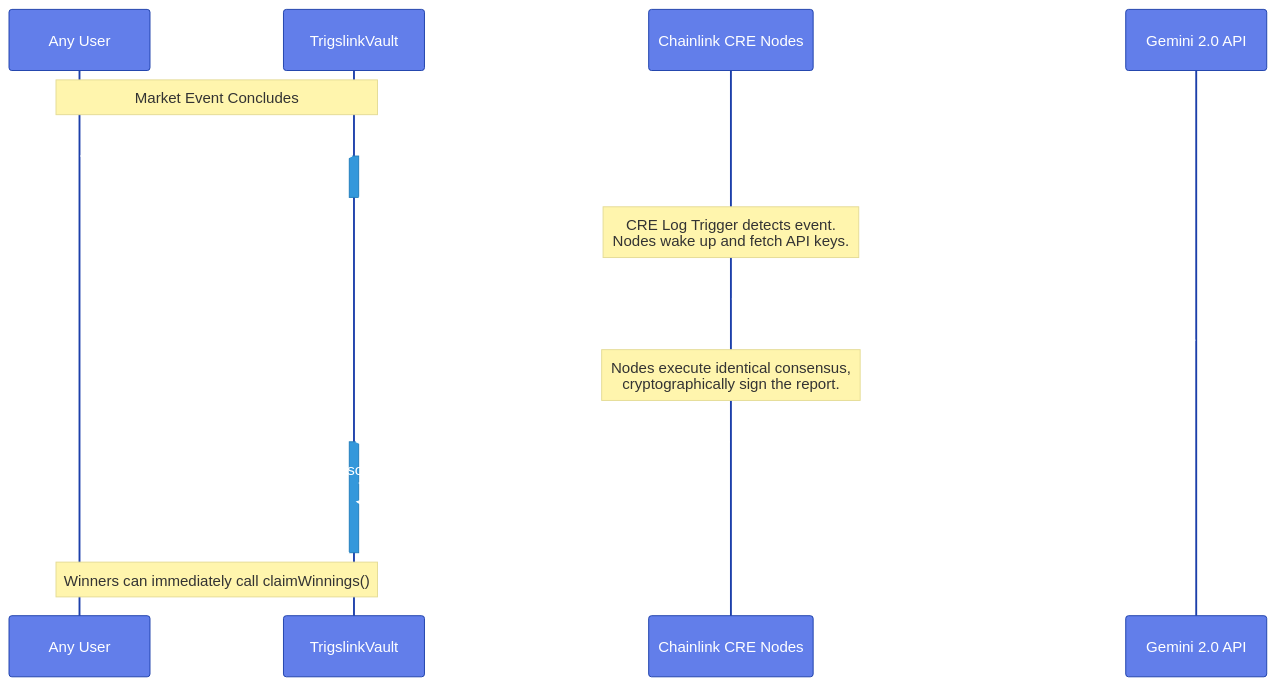
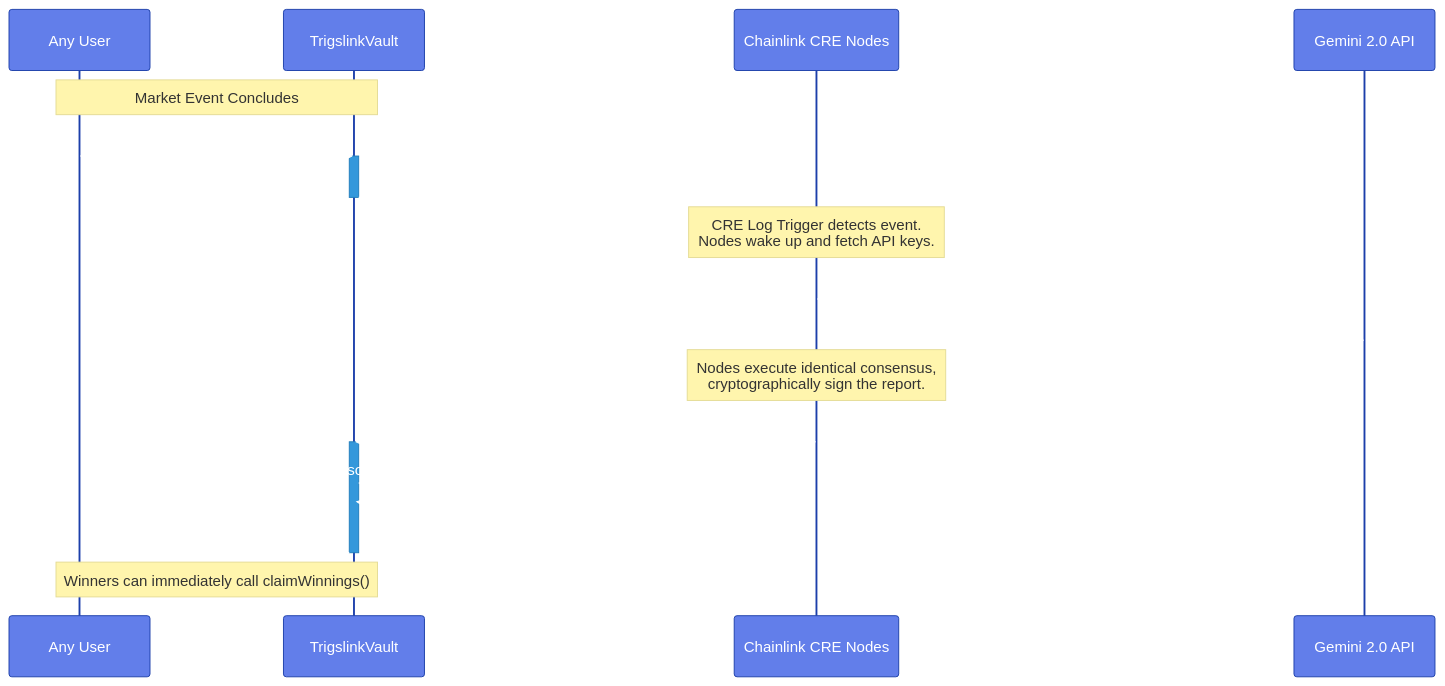
The second of 2 diagrams in README.md (Trigs-link/trigslink), drawn with Mermaid before and after one commit. The commit also changed other lines of this file, not shown here.

````diff
--- a/README.md
+++ b/README.md
@@ -90,41 +111,41 @@
 ```mermaid
 %%{init: {
   'theme': 'base',
   'themeVariables': {
     'primaryColor': '#627eea',
     'primaryTextColor': '#ffffff',
     'primaryBorderColor': '#1c3faa',
     'lineColor': '#f6851b',
     'secondaryColor': '#3498db',
     'fontFamily': 'Inter, system-ui, sans-serif',
     'background': '#0b0f1c'
   }
 }}%%
 sequenceDiagram
     participant U as Any User
     participant V as TrigslinkVault
     participant DON as Chainlink CRE Nodes
     participant AI as Gemini 2.0 API
 
     Note over U, V: Market Event Concludes
     
     U->>V: requestSettlement(marketId)
     activate V
-    V-->>DON: emit SettlementRequested(marketId, question)
+    V-->>DON: emit SettlementRequested(marketId, question, dataSource)
     deactivate V
     
     Note over DON: CRE Log Trigger detects event.<br/>Nodes wake up and fetch API keys.
     
-    DON->>AI: Query: "Answer strictly 1 for YES or 2 for NO. Question: [X]"
+    DON->>AI: Query: "Answer strictly 1 for YES or 2 for NO. Question: [X]. Source: [Y]"
     AI-->>DON: AI Outcome (e.g., 1)
     
     Note over DON: Nodes execute identical consensus,<br/>cryptographically sign the report.
     
     DON->>V: onReport(metadata, reportBytes)
     activate V
     V-->>V: market.resolved = true
     V-->>U: emit MarketResolved(outcome)
     deactivate V
     
     Note over U, V: Winners can immediately call claimWinnings()
 ```
````
